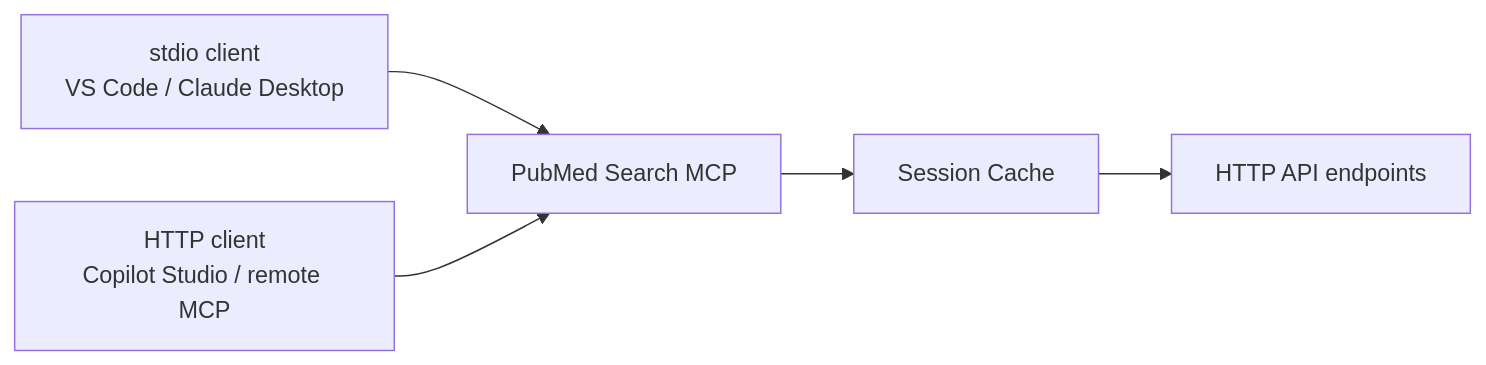
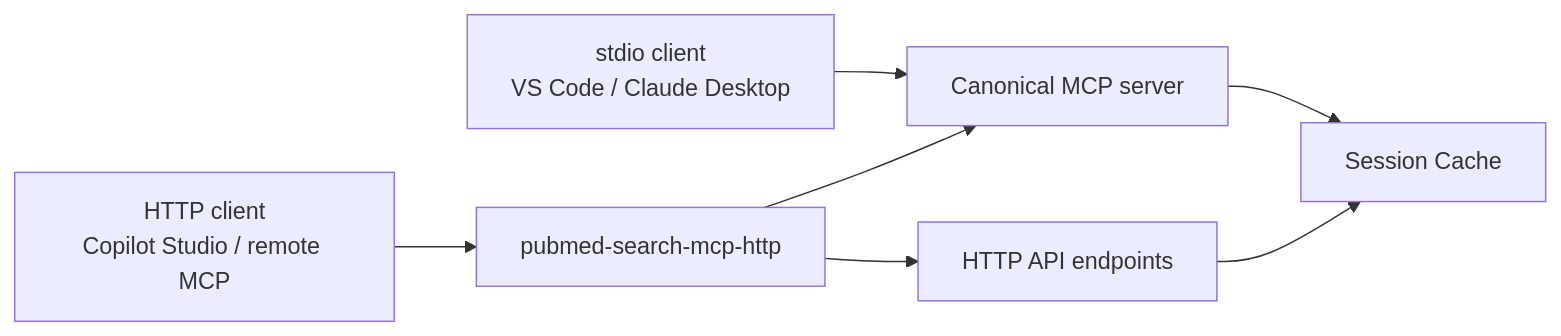
Before and after one commit to u9401066/pubmed-search-mcp: the tenth of 13 diagrams in ARCHITECTURE.md, drawn with Mermaid. The commit also changed other lines of this file and 24 other files, not shown here.

Commit message:
docs: update primary user and architecture guides

````diff
--- a/ARCHITECTURE.md
+++ b/ARCHITECTURE.md
@@ -544,13 +543,16 @@
 ```mermaid
 flowchart LR
   StdIO[stdio client<br/>VS Code / Claude Desktop]
   HTTP[HTTP client<br/>Copilot Studio / remote MCP]
-  Server[PubMed Search MCP]
+  CLI[pubmed-search-mcp-http]
+  Server[Canonical MCP server]
   Session[Session Cache]
   API[HTTP API endpoints]
 
   StdIO --> Server
-  HTTP --> Server
+  HTTP --> CLI
+  CLI --> Server
+  CLI --> API
   Server --> Session
-  Session --> API
+  API --> Session
 ```
````
